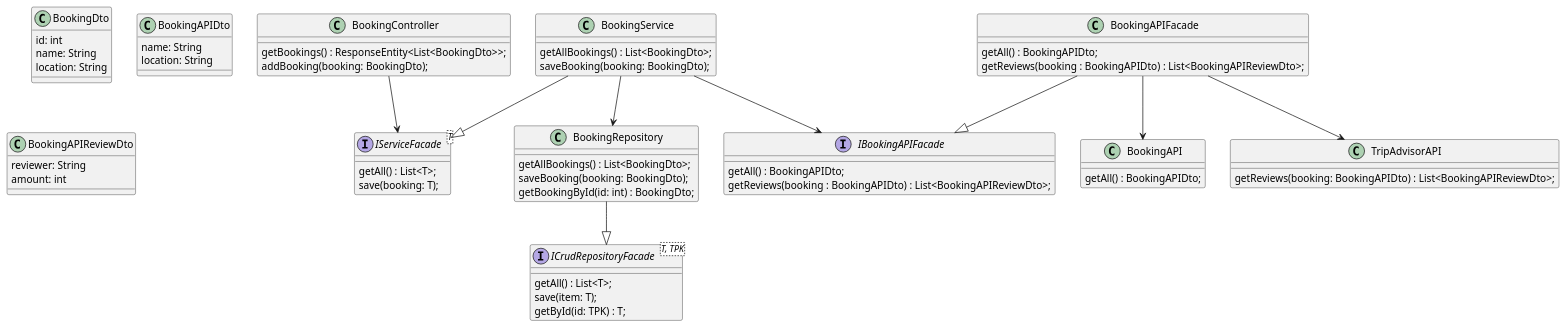
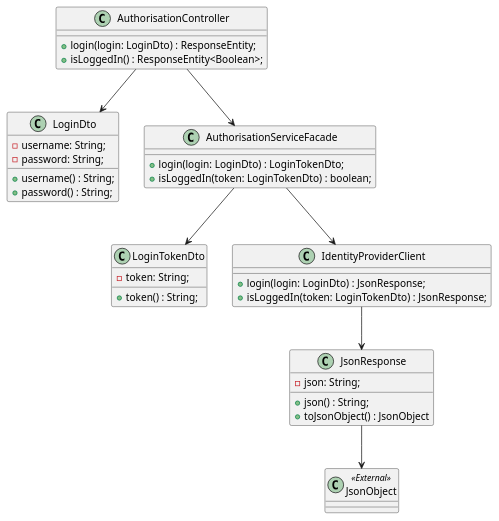
Before and after one commit to AIM-ENE-feb25/triptop-groep-b3: the diagram in opdracht-diagrammen/week2/les3/class-diagram-facade.puml, drawn with PlantUML. The commit also changed 15 other files, not shown here.

Commit message:
klasse diagram aangepast en initiele klassen toegevoegd

```diff
--- a/opdracht-diagrammen/week2/les3/class-diagram-facade.puml
+++ b/opdracht-diagrammen/week2/les3/class-diagram-facade.puml
@@ -1,82 +1,54 @@
 @startuml
 
 ' gekozen ontwerpvraag:
 ' Hoe zorg je ervoor dat je bij een wijziging in de datastructuur van een externe service niet de hele applicatie hoeft aan te passen?
 
-class BookingController {
-    getBookings() : ResponseEntity<List<BookingDto>>;
-    addBooking(booking: BookingDto);
+class LoginDto {
+    - username: String;
+    - password: String;
+
+    + username() : String;
+    + password() : String;
 }
 
-class BookingService {
-    getAllBookings() : List<BookingDto>;
-    saveBooking(booking: BookingDto);
+class JsonObject <<External>> {
 }
 
-interface IServiceFacade<T> {
-    getAll() : List<T>;
-    save(booking: T);
+class JsonResponse {
+    - json: String;
+
+    + json() : String;
+    + toJsonObject() : JsonObject
 }
 
-class BookingRepository {
-    getAllBookings() : List<BookingDto>;
-    saveBooking(booking: BookingDto);
-    getBookingById(id: int) : BookingDto;
+class LoginTokenDto {
+    - token: String;
+
+    + token() : String;
 }
 
-
-class BookingDto {
-    id: int
-    name: String
-    location: String
+class AuthorisationController {
+    + login(login: LoginDto) : ResponseEntity;
+    + isLoggedIn() : ResponseEntity<Boolean>;
 }
 
-class BookingAPIDto {
-    name: String
-    location: String
+class AuthorisationServiceFacade {
+    + login(login: LoginDto) : LoginTokenDto;
+    + isLoggedIn(token: LoginTokenDto) : boolean;
 }
 
-class BookingAPIReviewDto {
-    reviewer: String
-    amount: int
+class IdentityProviderClient {
+    + login(login: LoginDto) : JsonResponse;
+    + isLoggedIn(token: LoginTokenDto) : JsonResponse;
 }
 
-interface ICrudRepositoryFacade<T, TPK> {
-    getAll() : List<T>;
-    save(item: T);
-    getById(id: TPK) : T;
-}
+AuthorisationController --> AuthorisationServiceFacade
+AuthorisationServiceFacade --> IdentityProviderClient
 
-interface IBookingAPIFacade {
-    getAll() : BookingAPIDto;
-    getReviews(booking : BookingAPIDto) : List<BookingAPIReviewDto>;
-}
+AuthorisationController --> LoginDto
+AuthorisationServiceFacade --> LoginTokenDto
+IdentityProviderClient --> JsonResponse
 
-class BookingAPIFacade {
-    getAll() : BookingAPIDto;
-    getReviews(booking : BookingAPIDto) : List<BookingAPIReviewDto>;
-}
-
-class BookingAPI {
-    getAll() : BookingAPIDto;
-}
-
-class TripAdvisorAPI {
-    getReviews(booking: BookingAPIDto) : List<BookingAPIReviewDto>;
-}
-
-BookingController --> IServiceFacade
-BookingService --|> IServiceFacade
-BookingService --> BookingRepository
-
-BookingRepository --|> ICrudRepositoryFacade
-
-BookingAPIFacade --|> IBookingAPIFacade
-
-BookingService --> IBookingAPIFacade
-
-BookingAPIFacade --> BookingAPI
-BookingAPIFacade --> TripAdvisorAPI
-
+JsonResponse --> JsonObject
 
 @enduml
```
